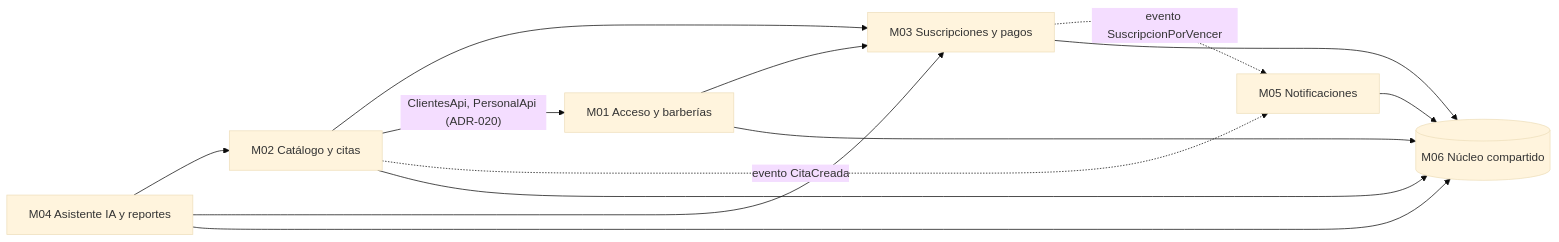
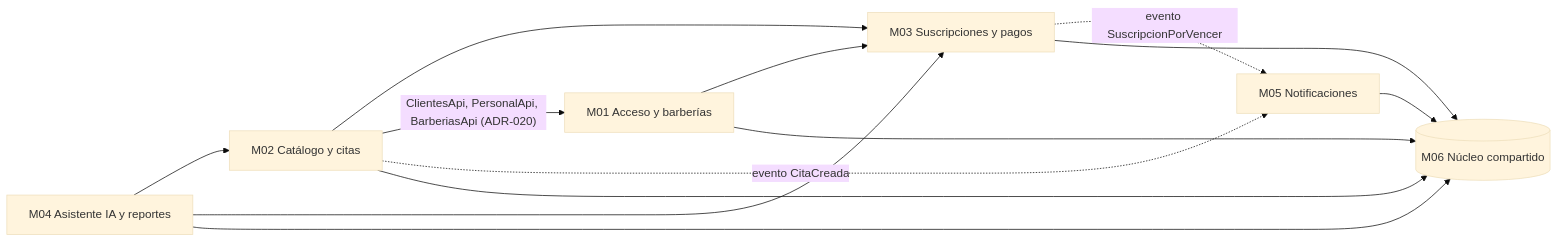
Before and after one commit to semcham/proyecto-final-barberia-ayacucho: the diagram in docs/02-arquitectura-software/estilo-arquitectonico.md, drawn with Mermaid (base theme). The commit also changed other lines of this file and 7 other files, not shown here.

````diff
--- a/docs/02-arquitectura-software/estilo-arquitectonico.md
+++ b/docs/02-arquitectura-software/estilo-arquitectonico.md
@@ -58,16 +58,16 @@
 ```mermaid
 flowchart LR
     M01["M01 Acceso y barberías"] --> M03["M03 Suscripciones y pagos"]
     M02["M02 Catálogo y citas"] --> M03
-    M02 -- "ClientesApi, PersonalApi (ADR-020)" --> M01
+    M02 -- "ClientesApi, PersonalApi, BarberiasApi (ADR-020)" --> M01
     M04["M04 Asistente IA y reportes"] --> M02
     M04 --> M03
     M02 -. "evento CitaCreada" .-> M05["M05 Notificaciones"]
     M03 -. "evento SuscripcionPorVencer" .-> M05
     M06[("M06 Núcleo compartido")]
     M01 --> M06
     M02 --> M06
     M03 --> M06
     M04 --> M06
     M05 --> M06
 ```
````
